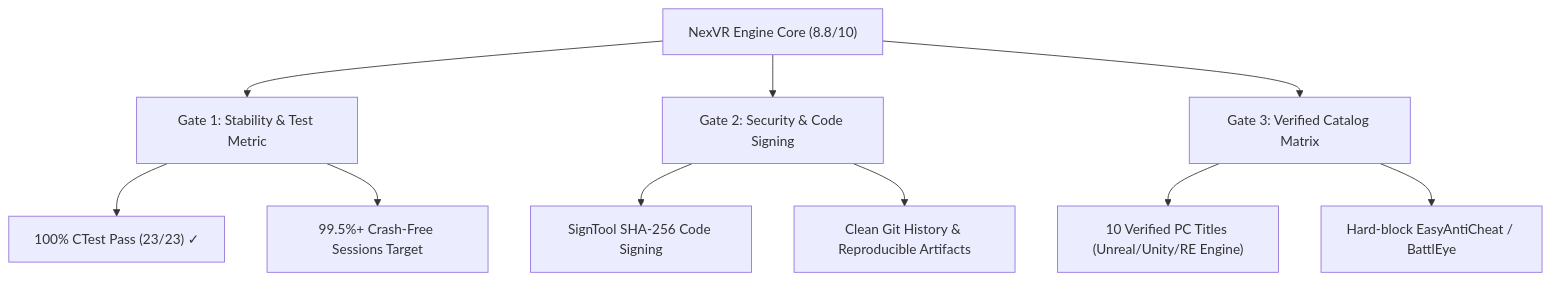
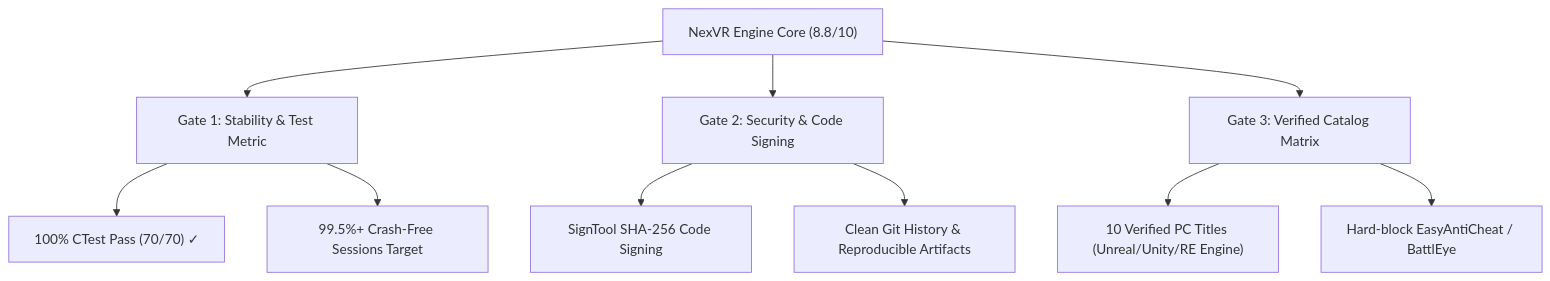
One commit to sathishssj3/NexVR-Engine changed the diagram in docs/brain_artifacts/scorecard_audit.md. Above: the diagram before and after it, drawn with Mermaid. The commit also changed other lines of this file and 20 other files, not shown here.

````diff
--- a/docs/brain_artifacts/scorecard_audit.md
+++ b/docs/brain_artifacts/scorecard_audit.md
@@ -48,15 +48,15 @@
 ```mermaid
 graph TD
     A["NexVR Engine Core (8.8/10)"] --> B["Gate 1: Stability & Test Metric"]
     A --> C["Gate 2: Security & Code Signing"]
     A --> D["Gate 3: Verified Catalog Matrix"]
     
-    B --> B1["100% CTest Pass (23/23) ✓"]
+    B --> B1["100% CTest Pass (70/70) ✓"]
     B --> B2["99.5%+ Crash-Free Sessions Target"]
     
     C --> C1["SignTool SHA-256 Code Signing"]
     C --> C2["Clean Git History & Reproducible Artifacts"]
     
     D --> D1["10 Verified PC Titles (Unreal/Unity/RE Engine)"]
     D --> D2["Hard-block EasyAntiCheat / BattlEye"]
 ```
````
